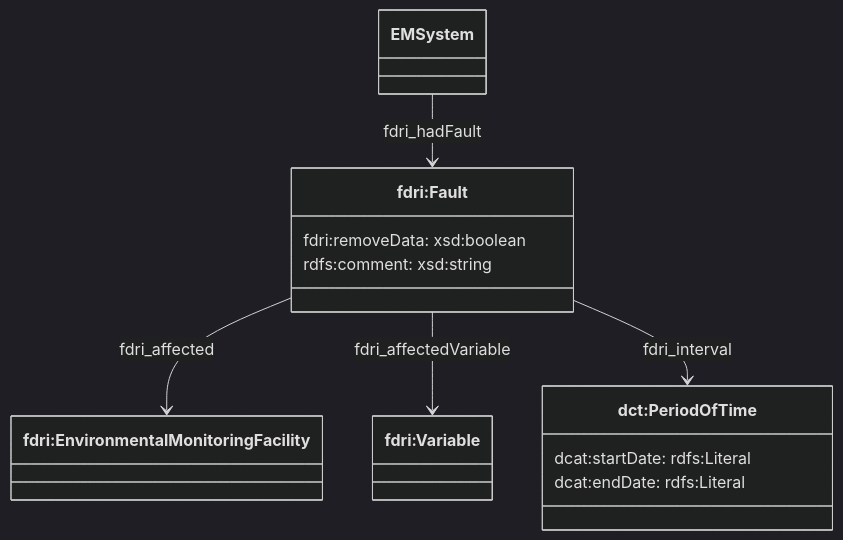
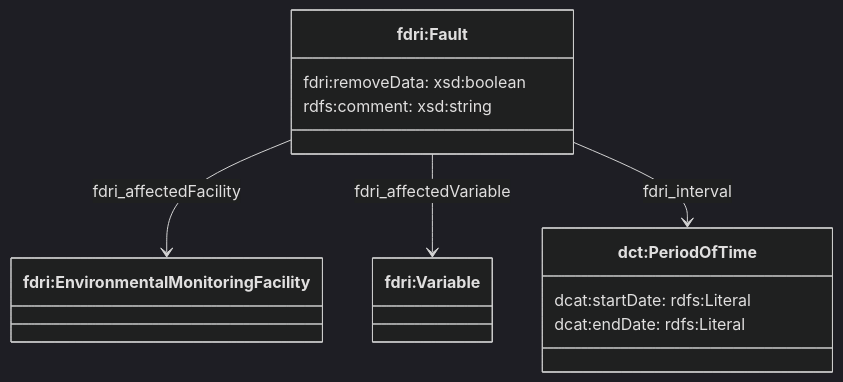
Before and after one commit to NERC-CEH/fdri-ontology: the third of 9 diagrams in ontology/doc/sensor-system.md, drawn with Mermaid (dark theme). The commit also changed 5 other files, not shown here.

Commit message:
Remove fdri:hadFault property * Remove from OWL ontology * Remove from recordspec schema * Update documentation * Update sample data templates

````diff
--- a/ontology/doc/sensor-system.md
+++ b/ontology/doc/sensor-system.md
@@ -67,19 +67,18 @@
 ```mermaid
 classDiagram
   class EMF["fdri:EnvironmentalMonitoringFacility"]
   class COP["fdri:Variable"]
   class Fault["fdri:Fault"]
   class Fault {
     fdri:removeData: xsd:boolean
     rdfs:comment: xsd:string
   }
   class Period["dct:PeriodOfTime"]
   class Period {
     dcat:startDate: rdfs:Literal
     dcat:endDate: rdfs:Literal
   }
-  EMSystem --> Fault: fdri_hadFault
-  Fault --> EMF: fdri_affected
+  Fault --> EMF: fdri_affectedFacility
   Fault --> COP: fdri_affectedVariable
   Fault --> Period: fdri_interval
 ```
````
